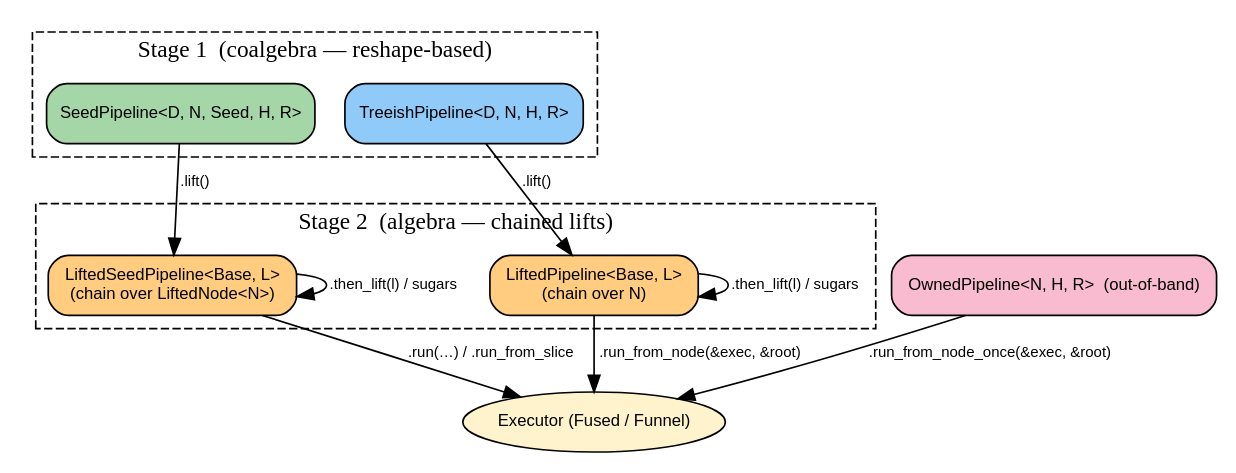
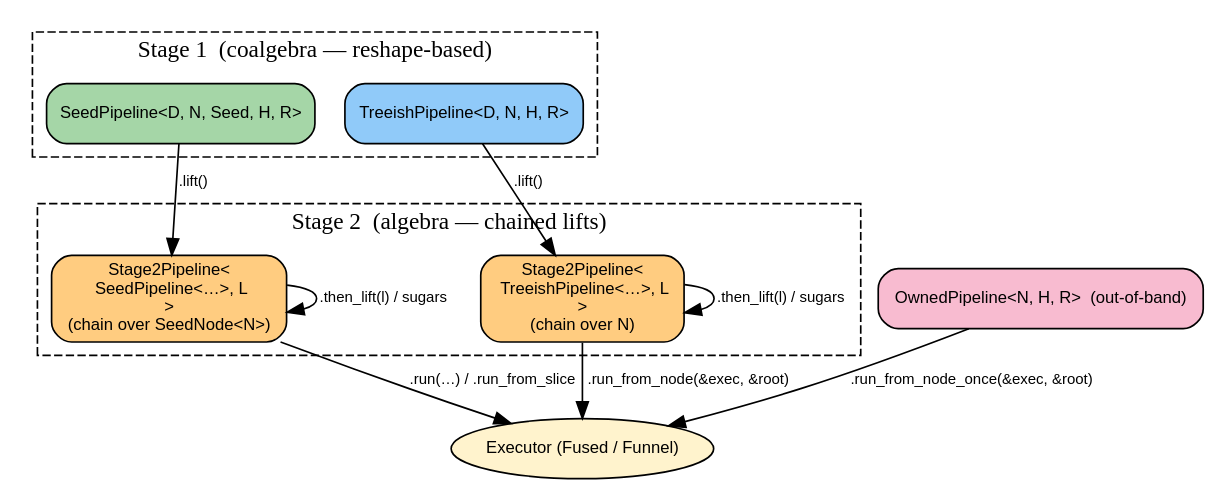
Before and after one commit to hylic-recursion/hylic-docs: the diagram in book/src/pipeline/overview.md, drawn with Graphviz. The commit also changed other lines of this file and 12 other files, not shown here.

First line of the commit message:
book: update docs for seed-pipeline-unification

````diff
--- a/book/src/pipeline/overview.md
+++ b/book/src/pipeline/overview.md
@@ -19,33 +19,33 @@
 ```dot process
 digraph {
     rankdir=TB;
     node [shape=box, style="rounded,filled", fontname="sans-serif", fontsize=10];
     edge [fontname="sans-serif", fontsize=9];
 
     subgraph cluster_s1 {
         label="Stage 1  (coalgebra — reshape-based)";
         style=dashed; color="#888";
         sp [label="SeedPipeline<D, N, Seed, H, R>", fillcolor="#a5d6a7"];
         tp [label="TreeishPipeline<D, N, H, R>",    fillcolor="#90caf9"];
     }
 
     subgraph cluster_s2 {
         label="Stage 2  (algebra — chained lifts)";
         style=dashed; color="#888";
-        lsp [label="LiftedSeedPipeline<Base, L>\n(chain over LiftedNode<N>)", fillcolor="#ffcc80"];
-        lp  [label="LiftedPipeline<Base, L>\n(chain over N)",             fillcolor="#ffcc80"];
+        lsp [label="Stage2Pipeline<\n  SeedPipeline<…>, L\n>\n(chain over SeedNode<N>)", fillcolor="#ffcc80"];
+        lp  [label="Stage2Pipeline<\n  TreeishPipeline<…>, L\n>\n(chain over N)",        fillcolor="#ffcc80"];
     }
 
     ob [label="OwnedPipeline<N, H, R>  (out-of-band)", fillcolor="#f8bbd0"];
 
     sp -> lsp [label=".lift()"];
     tp -> lp  [label=".lift()"];
     lsp -> lsp [label=".then_lift(l) / sugars"];
     lp  -> lp  [label=".then_lift(l) / sugars"];
 
     exec [label="Executor (Fused / Funnel)", shape=ellipse, fillcolor="#fff3cd"];
     lsp -> exec [label=".run(…) / .run_from_slice"];
     lp  -> exec [label=".run_from_node(&exec, &root)"];
     ob  -> exec [label=".run_from_node_once(&exec, &root)"];
 }
 ```
````
